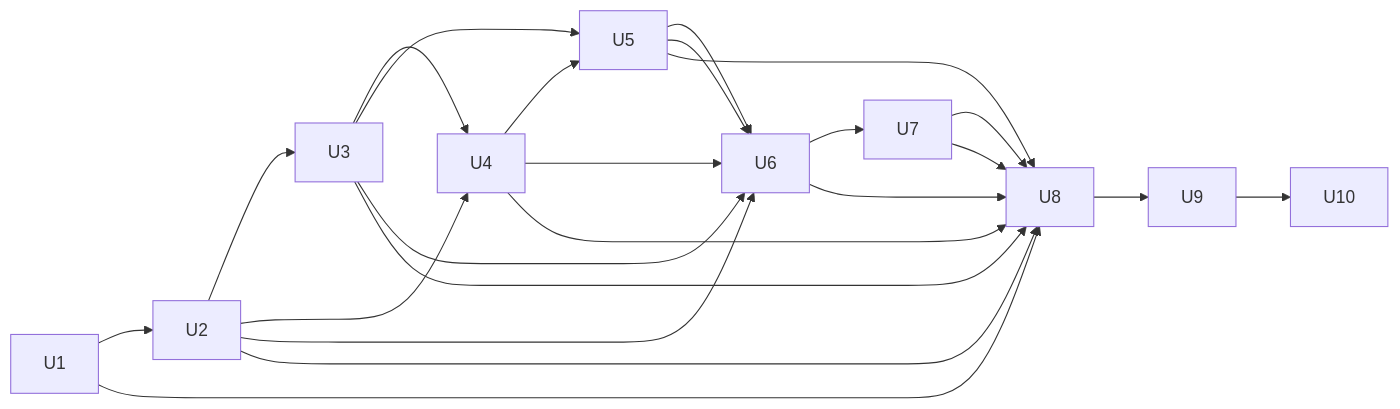
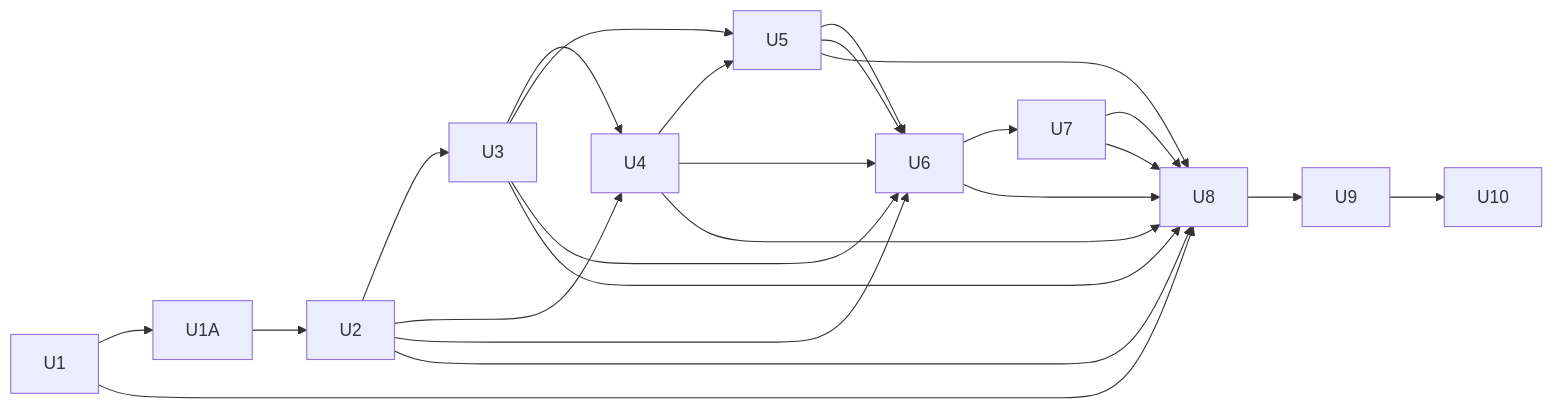
One commit to BrandonJF/mandem changed the diagram in docs/plans/units/README.md. Above: the diagram before and after it, drawn with Mermaid. The commit also changed other lines of this file and 2 other files, not shown here.

````diff
--- a/docs/plans/units/README.md
+++ b/docs/plans/units/README.md
@@ -34,17 +34,17 @@
 ```mermaid
 flowchart LR
-  U1 --> U2 --> U3 --> U4 --> U5 --> U6 --> U7 --> U8 --> U9 --> U10
+  U1 --> U1A --> U2 --> U3 --> U4 --> U5 --> U6 --> U7 --> U8 --> U9 --> U10
   U2 --> U4
   U3 --> U5
   U2 --> U6
   U3 --> U6
   U4 --> U6
   U5 --> U6
   U1 --> U8
   U2 --> U8
   U3 --> U8
   U4 --> U8
   U5 --> U8
   U6 --> U8
   U7 --> U8
 ```
````
